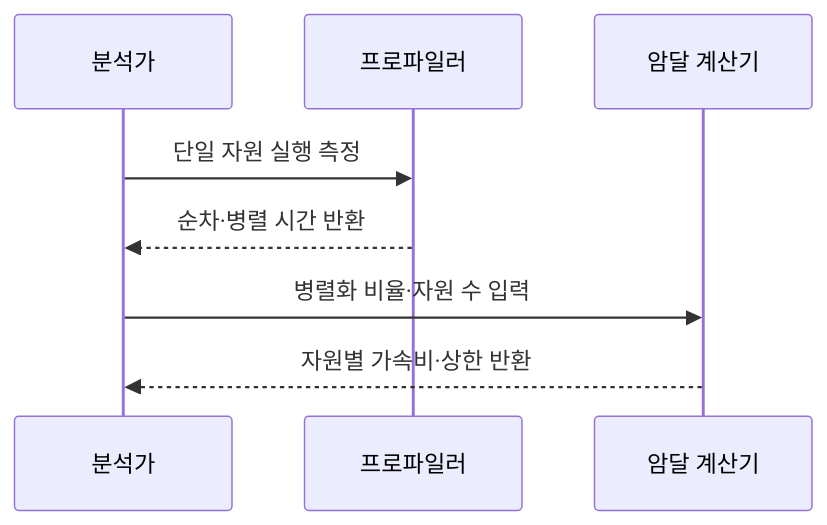
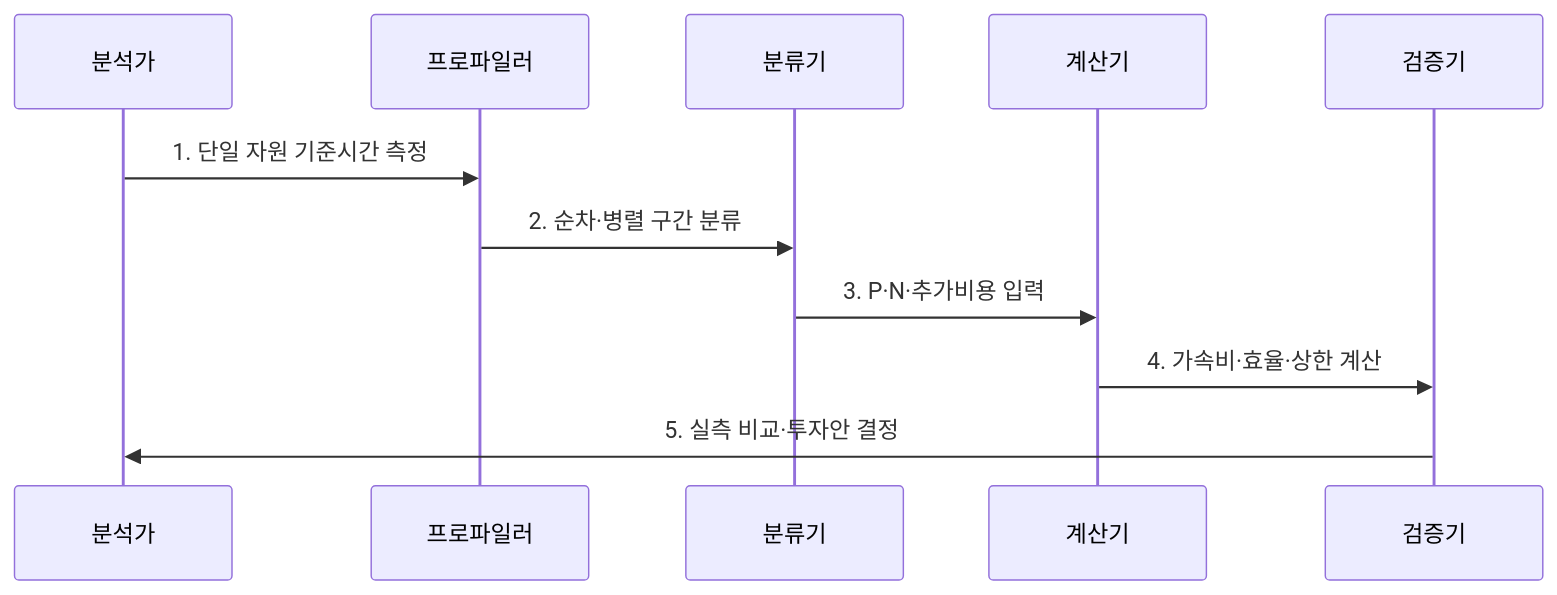
One commit to agnusdei1207/knowledge-base changed the second of 2 diagrams in src/content/docs/notes/06-evaluation/005_amdahls_law.md. Above: the diagram before and after it, drawn with Mermaid. The commit also changed other lines of this file and 6 other files, not shown here.

````diff
--- a/src/content/docs/notes/06-evaluation/005_amdahls_law.md
+++ b/src/content/docs/notes/06-evaluation/005_amdahls_law.md
@@ -64,10 +74,13 @@
 ```mermaid
 sequenceDiagram
-    participant A as 분석가
-    participant P as 프로파일러
-    participant C as 암달 계산기
-    A->>P: 단일 자원 실행 측정
-    P-->>A: 순차·병렬 시간 반환
-    A->>C: 병렬화 비율·자원 수 입력
-    C-->>A: 자원별 가속비·상한 반환
+  participant A as 분석가
+  participant P as 프로파일러
+  participant M as 분류기
+  participant C as 계산기
+  participant V as 검증기
+  A->>P: 1. 단일 자원 기준시간 측정
+  P->>M: 2. 순차·병렬 구간 분류
+  M->>C: 3. P·N·추가비용 입력
+  C->>V: 4. 가속비·효율·상한 계산
+  V->>A: 5. 실측 비교·투자안 결정
 ```
````
